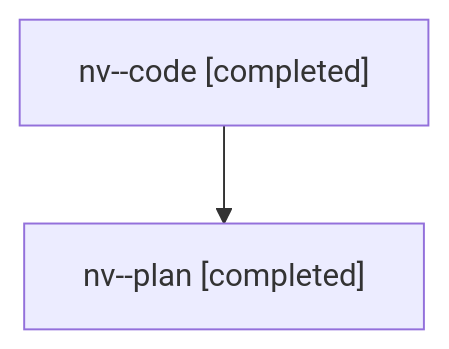
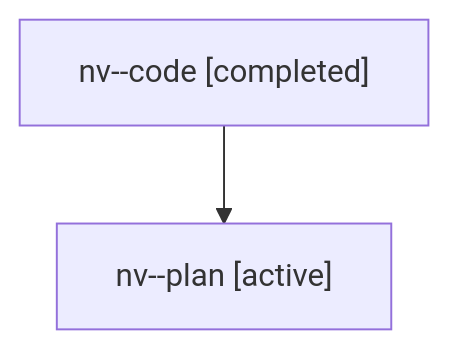
The diagram in families/bbugyi200.athena.nv.md (sase-org/sase--agents), drawn with Mermaid before and after one commit. The commit also changed other lines of this file and 5813 other files, not shown here.

````diff
--- a/families/bbugyi200.athena.nv.md
+++ b/families/bbugyi200.athena.nv.md
@@ -9,6 +9,6 @@
 ```mermaid
 flowchart TD
   n0["nv--code [completed]"]
-  n1["nv--plan [completed]"]
+  n1["nv--plan [active]"]
   n0 --> n1
 ```
````
